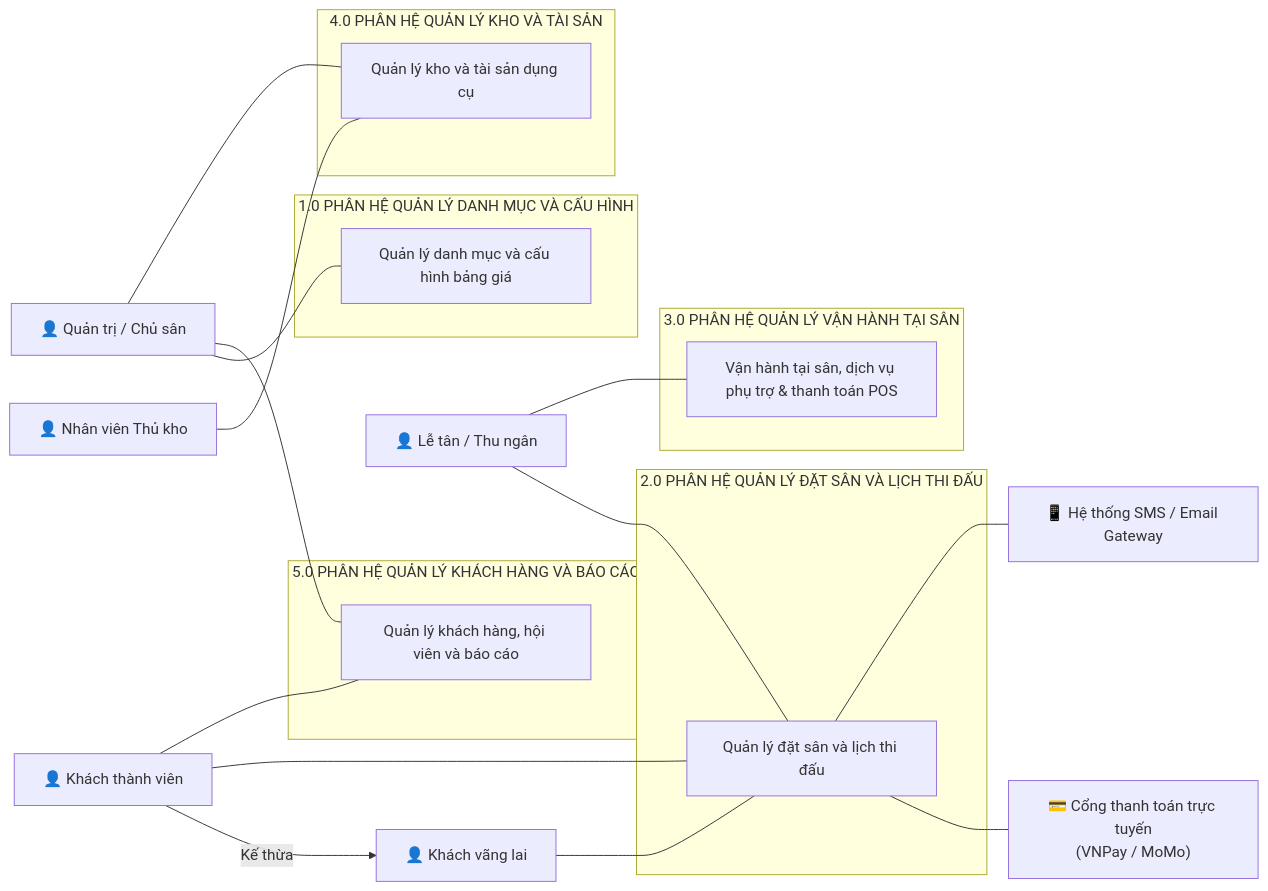
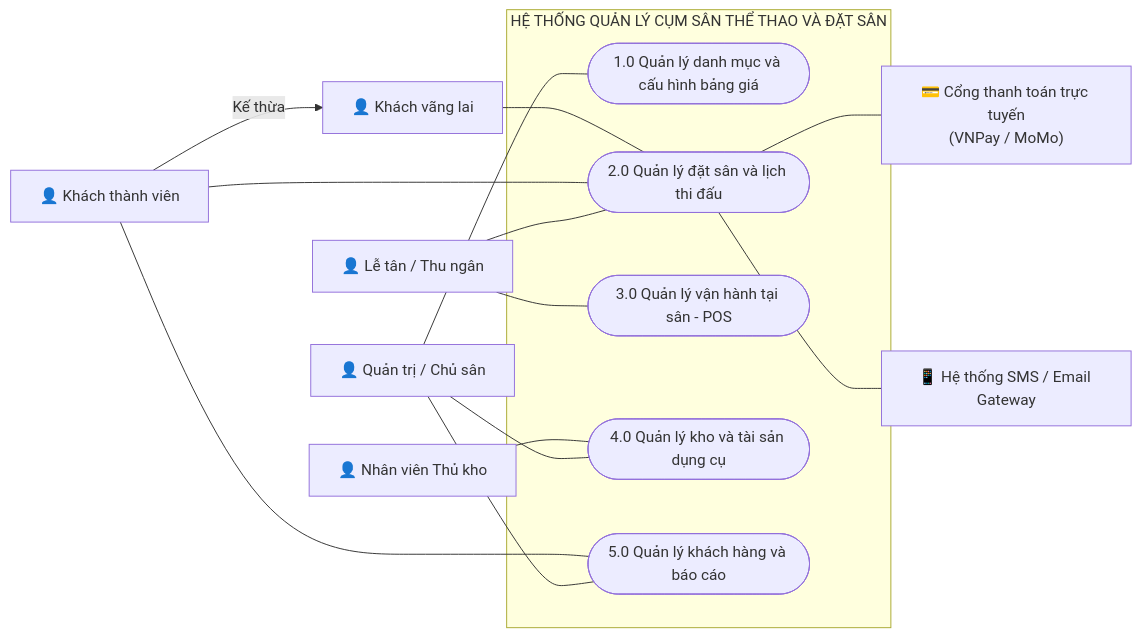
Before and after one commit to nphat-code/DoAn-OOAD-SGU: the second of 7 diagrams in BTH/BTH3_UsecaseDiagram/BTH3_UsecaseDiagram.md, drawn with Mermaid.

Commit message:
fix(bth3): unify Part 2 into a single System Boundary containing all macro use cases

````diff
--- a/BTH/BTH3_UsecaseDiagram/BTH3_UsecaseDiagram.md
+++ b/BTH/BTH3_UsecaseDiagram/BTH3_UsecaseDiagram.md
@@ -49,55 +49,43 @@
 ```mermaid
 flowchart LR
     %% Actors
     ActorGuest["👤 Khách vãng lai"]
     ActorCustomer["👤 Khách thành viên"]
     ActorStaff["👤 Lễ tân / Thu ngân"]
     ActorWarehouse["👤 Nhân viên Thủ kho"]
     ActorAdmin["👤 Quản trị / Chủ sân"]
 
     %% External System Actors
     ActorPayment["💳 Cổng thanh toán trực tuyến<br>(VNPay / MoMo)"]
     ActorNotify["📱 Hệ thống SMS / Email Gateway"]
 
-    %% Packages / Subsystems
-    subgraph Sub1 ["1.0 PHÂN HỆ QUẢN LÝ DANH MỤC VÀ CẤU HÌNH"]
-        UC_Config["Quản lý danh mục và cấu hình bảng giá"]
-    end
-
-    subgraph Sub2 ["2.0 PHÂN HỆ QUẢN LÝ ĐẶT SÂN VÀ LỊCH THI ĐẤU"]
-        UC_Booking["Quản lý đặt sân và lịch thi đấu"]
-    end
-
-    subgraph Sub3 ["3.0 PHÂN HỆ QUẢN LÝ VẬN HÀNH TẠI SÂN"]
-        UC_POS["Vận hành tại sân, dịch vụ phụ trợ & thanh toán POS"]
-    end
-
-    subgraph Sub4 ["4.0 PHÂN HỆ QUẢN LÝ KHO VÀ TÀI SẢN"]
-        UC_Inventory["Quản lý kho và tài sản dụng cụ"]
-    end
-
-    subgraph Sub5 ["5.0 PHÂN HỆ QUẢN LÝ KHÁCH HÀNG VÀ BÁO CÁO"]
-        UC_Report["Quản lý khách hàng, hội viên và báo cáo"]
+    %% System Boundary bao trùm toàn bộ các Use Case
+    subgraph System ["HỆ THỐNG QUẢN LÝ CỤM SÂN THỂ THAO VÀ ĐẶT SÂN"]
+        UC1(["1.0 Quản lý danh mục và cấu hình bảng giá"])
+        UC2(["2.0 Quản lý đặt sân và lịch thi đấu"])
+        UC3(["3.0 Quản lý vận hành tại sân - POS"])
+        UC4(["4.0 Quản lý kho và tài sản dụng cụ"])
+        UC5(["5.0 Quản lý khách hàng và báo cáo"])
     end
 
     %% Actor Inheritance
     ActorCustomer -->|Kế thừa| ActorGuest
 
-    %% Connections
-    ActorGuest --- UC_Booking
-    ActorCustomer --- UC_Booking
-    ActorCustomer --- UC_Report
+    %% Connections từ Actor vào Use Case
+    ActorGuest --- UC2
+    ActorCustomer --- UC2
+    ActorCustomer --- UC5
 
-    ActorStaff --- UC_Booking
-    ActorStaff --- UC_POS
+    ActorStaff --- UC2
+    ActorStaff --- UC3
 
-    ActorWarehouse --- UC_Inventory
+    ActorWarehouse --- UC4
 
-    ActorAdmin --- UC_Config
-    ActorAdmin --- UC_Report
-    ActorAdmin --- UC_Inventory
+    ActorAdmin --- UC1
+    ActorAdmin --- UC4
+    ActorAdmin --- UC5
 
-    %% External Actors Connections
-    UC_Booking --- ActorPayment
-    UC_Booking --- ActorNotify
+    %% Connections với Hệ thống ngoài
+    UC2 --- ActorPayment
+    UC2 --- ActorNotify
 ```
````
